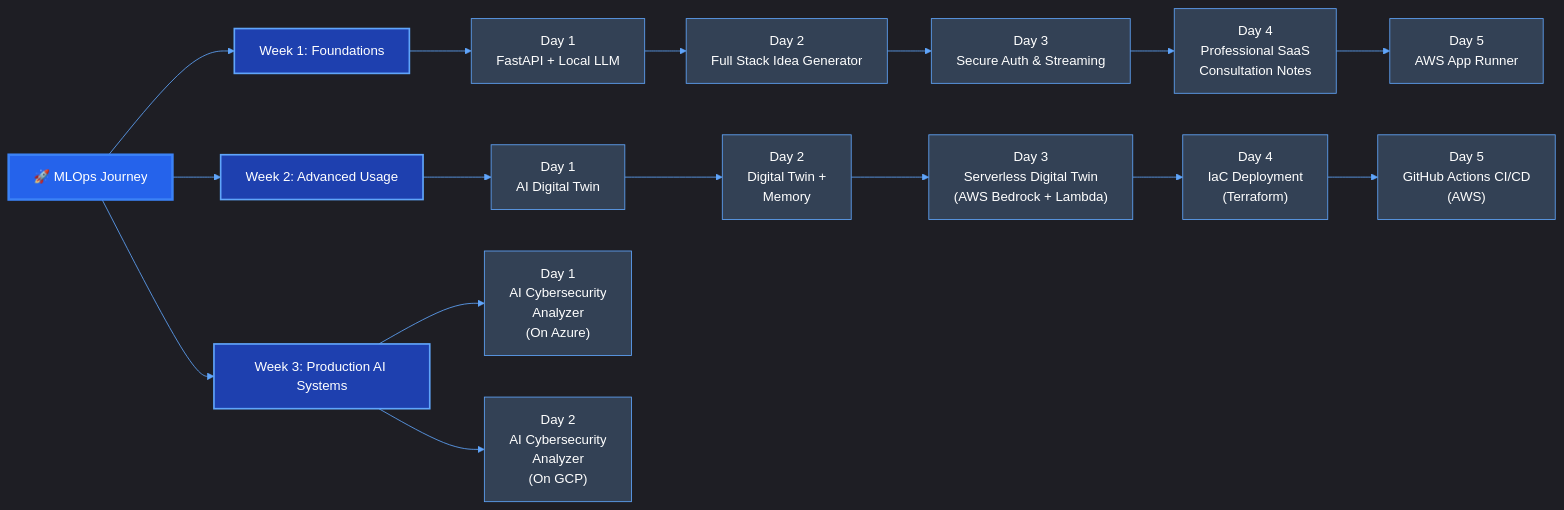
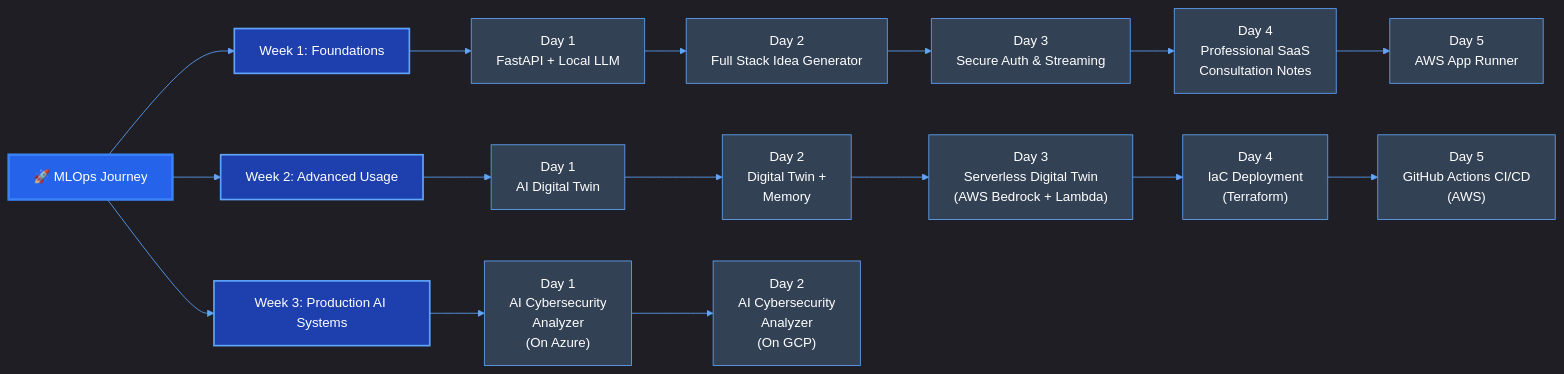
Before and after one commit to baloglu321/mlops-journey: the first of 3 diagrams in README.md, drawn with Mermaid.

Commit message:
update readme_2

````diff
--- a/README.md
+++ b/README.md
@@ -23,36 +23,36 @@
 ```mermaid
 %%{init: {'theme': 'dark', 'themeVariables': { 'primaryColor': '#2563eb', 'primaryTextColor': '#fff', 'primaryBorderColor': '#3b82f6', 'lineColor': '#60a5fa', 'secondaryColor': '#1e40af', 'tertiaryColor': '#1e3a8a'}}}%%
 graph LR
     A[🚀 MLOps Journey] --> B[Week 1: Foundations]
     B --> C[Day 1<br/>FastAPI + Local LLM]
     C --> D[Day 2<br/>Full Stack Idea Generator]
     D --> E[Day 3<br/>Secure Auth & Streaming]
     E --> F[Day 4<br/>Professional SaaS<br/>Consultation Notes]
     F --> G[Day 5<br/>AWS App Runner]
     A --> H[Week 2: Advanced Usage]
     H --> I[Day 1<br/>AI Digital Twin]
     I --> J[Day 2<br/>Digital Twin +<br/>Memory]
     J --> K["Day 3<br/>Serverless Digital Twin<br/>(AWS Bedrock + Lambda)"]
     K --> L["Day 4<br/>IaC Deployment<br/>(Terraform)"]
     L --> M["Day 5<br/>GitHub Actions CI/CD<br/>(AWS)"]
     A --> N[Week 3: Production AI Systems]
     N --> O["Day 1<br/>AI Cybersecurity<br/>Analyzer<br/>(On Azure)"]
-    N --> P["Day 2<br/>AI Cybersecurity<br/>Analyzer<br/>(On GCP)"]
+    O --> P["Day 2<br/>AI Cybersecurity<br/>Analyzer<br/>(On GCP)"]
     
     style A fill:#2563eb,stroke:#3b82f6,stroke-width:3px,color:#fff
     style B fill:#1e40af,stroke:#60a5fa,stroke-width:2px,color:#fff
     style C fill:#334155,stroke:#60a5fa,color:#fff
     style D fill:#334155,stroke:#60a5fa,color:#fff
     style E fill:#334155,stroke:#60a5fa,color:#fff
     style F fill:#334155,stroke:#60a5fa,color:#fff
     style G fill:#334155,stroke:#60a5fa,color:#fff
     style H fill:#1e40af,stroke:#60a5fa,stroke-width:2px,color:#fff
     style I fill:#334155,stroke:#60a5fa,color:#fff
     style J fill:#334155,stroke:#60a5fa,color:#fff
     style K fill:#334155,stroke:#60a5fa,color:#fff
     style L fill:#334155,stroke:#60a5fa,color:#fff
     style M fill:#334155,stroke:#60a5fa,color:#fff
     style N fill:#1e40af,stroke:#60a5fa,stroke-width:2px,color:#fff
     style O fill:#334155,stroke:#60a5fa,color:#fff
     style P fill:#334155,stroke:#60a5fa,color:#fff
 ```
````
